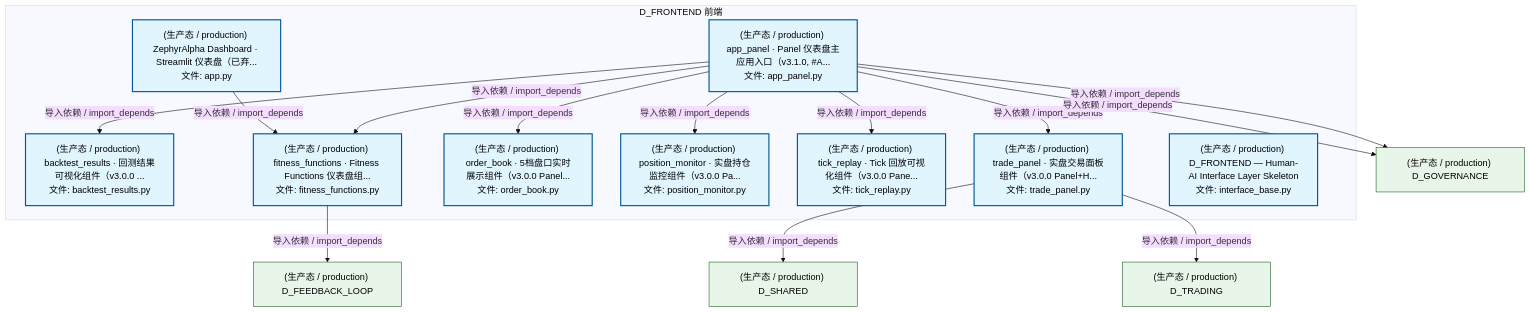
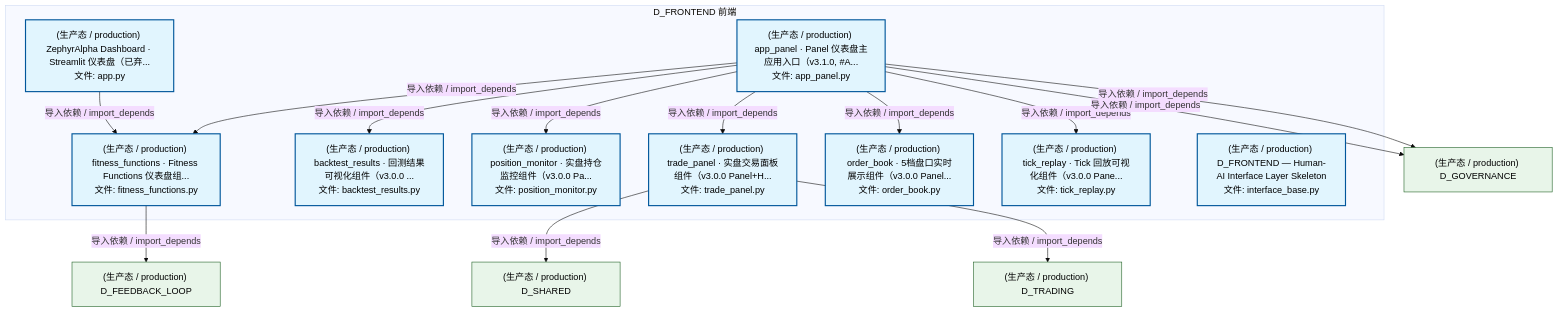
Before and after one commit to xuanFelixVan/ZephyrAlpha: the second of 5 diagrams in docs/02_enterprise_architecture/02_domain_architecture_docs/15_d_frontend.md, drawn with Mermaid (base theme). The commit also changed other lines of this file and 97 other files, not shown here.

````diff
--- a/docs/02_enterprise_architecture/02_domain_architecture_docs/15_d_frontend.md
+++ b/docs/02_enterprise_architecture/02_domain_architecture_docs/15_d_frontend.md
@@ -165,36 +165,36 @@
 ```mermaid
 graph TD
     subgraph D_FRONTEND["D_FRONTEND 前端"]
         src_zephyr_frontend_dashboard_app_py["(生产态 / production) ZephyrAlpha Dashboard · Streamlit 仪表盘（已弃...<br/>文件: app.py"]
         src_zephyr_frontend_dashboard_app_panel_py["(生产态 / production) app_panel · Panel 仪表盘主应用入口（v3.1.0, #A...<br/>文件: app_panel.py"]
         src_zephyr_frontend_dashboard_components_backtest_results_py["(生产态 / production) backtest_results · 回测结果可视化组件（v3.0.0 ...<br/>文件: backtest_results.py"]
         src_zephyr_frontend_dashboard_components_fitness_functions_py["(生产态 / production) fitness_functions · Fitness Functions 仪表盘组...<br/>文件: fitness_functions.py"]
         src_zephyr_frontend_dashboard_components_order_book_py["(生产态 / production) order_book · 5档盘口实时展示组件（v3.0.0 Panel...<br/>文件: order_book.py"]
         src_zephyr_frontend_dashboard_components_position_monitor_py["(生产态 / production) position_monitor · 实盘持仓监控组件（v3.0.0 Pa...<br/>文件: position_monitor.py"]
         src_zephyr_frontend_dashboard_components_tick_replay_py["(生产态 / production) tick_replay · Tick 回放可视化组件（v3.0.0 Pane...<br/>文件: tick_replay.py"]
         src_zephyr_frontend_dashboard_components_trade_panel_py["(生产态 / production) trade_panel · 实盘交易面板组件（v3.0.0 Panel+H...<br/>文件: trade_panel.py"]
         src_zephyr_frontend_interface_base_py["(生产态 / production) D_FRONTEND — Human-AI Interface Layer Skeleton<br/>文件: interface_base.py"]
     end
     src_zephyr_frontend_dashboard_app_py -->|导入依赖 / import_depends| src_zephyr_frontend_dashboard_components_fitness_functions_py
+    src_zephyr_frontend_dashboard_app_panel_py -->|导入依赖 / import_depends| src_zephyr_frontend_dashboard_components_fitness_functions_py
     src_zephyr_frontend_dashboard_app_panel_py -->|导入依赖 / import_depends| src_zephyr_frontend_dashboard_components_backtest_results_py
-    src_zephyr_frontend_dashboard_app_panel_py -->|导入依赖 / import_depends| src_zephyr_frontend_dashboard_components_fitness_functions_py
+    src_zephyr_frontend_dashboard_app_panel_py -->|导入依赖 / import_depends| src_zephyr_frontend_dashboard_components_position_monitor_py
+    src_zephyr_frontend_dashboard_app_panel_py -->|导入依赖 / import_depends| src_zephyr_frontend_dashboard_components_trade_panel_py
     src_zephyr_frontend_dashboard_app_panel_py -->|导入依赖 / import_depends| src_zephyr_frontend_dashboard_components_order_book_py
-    src_zephyr_frontend_dashboard_app_panel_py -->|导入依赖 / import_depends| src_zephyr_frontend_dashboard_components_trade_panel_py
     src_zephyr_frontend_dashboard_app_panel_py -->|导入依赖 / import_depends| src_zephyr_frontend_dashboard_components_tick_replay_py
-    src_zephyr_frontend_dashboard_app_panel_py -->|导入依赖 / import_depends| src_zephyr_frontend_dashboard_components_position_monitor_py
     D_GOVERNANCE["(生产态 / production) D_GOVERNANCE"]
     src_zephyr_frontend_dashboard_app_panel_py -->|导入依赖 / import_depends| D_GOVERNANCE
     D_FEEDBACK_LOOP["(生产态 / production) D_FEEDBACK_LOOP"]
     src_zephyr_frontend_dashboard_components_fitness_functions_py -->|导入依赖 / import_depends| D_FEEDBACK_LOOP
     D_SHARED["(生产态 / production) D_SHARED"]
     src_zephyr_frontend_dashboard_components_trade_panel_py -->|导入依赖 / import_depends| D_SHARED
     src_zephyr_frontend_dashboard_app_panel_py -->|导入依赖 / import_depends| D_GOVERNANCE
     D_TRADING["(生产态 / production) D_TRADING"]
     src_zephyr_frontend_dashboard_components_trade_panel_py -->|导入依赖 / import_depends| D_TRADING
     classDef production fill:#e1f5fe,stroke:#01579b,stroke-width:2px,color:#000
     classDef design fill:#fff3e0,stroke:#e65100,stroke-width:2px,color:#000,stroke-dasharray: 5 5
     classDef external_prod fill:#e8f5e9,stroke:#1b5e20,stroke-width:1px,color:#000
     classDef external_design fill:#fce4ec,stroke:#880e4f,stroke-width:1px,color:#000,stroke-dasharray: 5 5
     class src_zephyr_frontend_dashboard_app_py,src_zephyr_frontend_dashboard_app_panel_py,src_zephyr_frontend_dashboard_components_backtest_results_py,src_zephyr_frontend_dashboard_components_fitness_functions_py,src_zephyr_frontend_dashboard_components_order_book_py,src_zephyr_frontend_dashboard_components_position_monitor_py,src_zephyr_frontend_dashboard_components_tick_replay_py,src_zephyr_frontend_dashboard_components_trade_panel_py,src_zephyr_frontend_interface_base_py production
     class D_GOVERNANCE,D_FEEDBACK_LOOP,D_SHARED,D_TRADING external_prod
 ```
````
